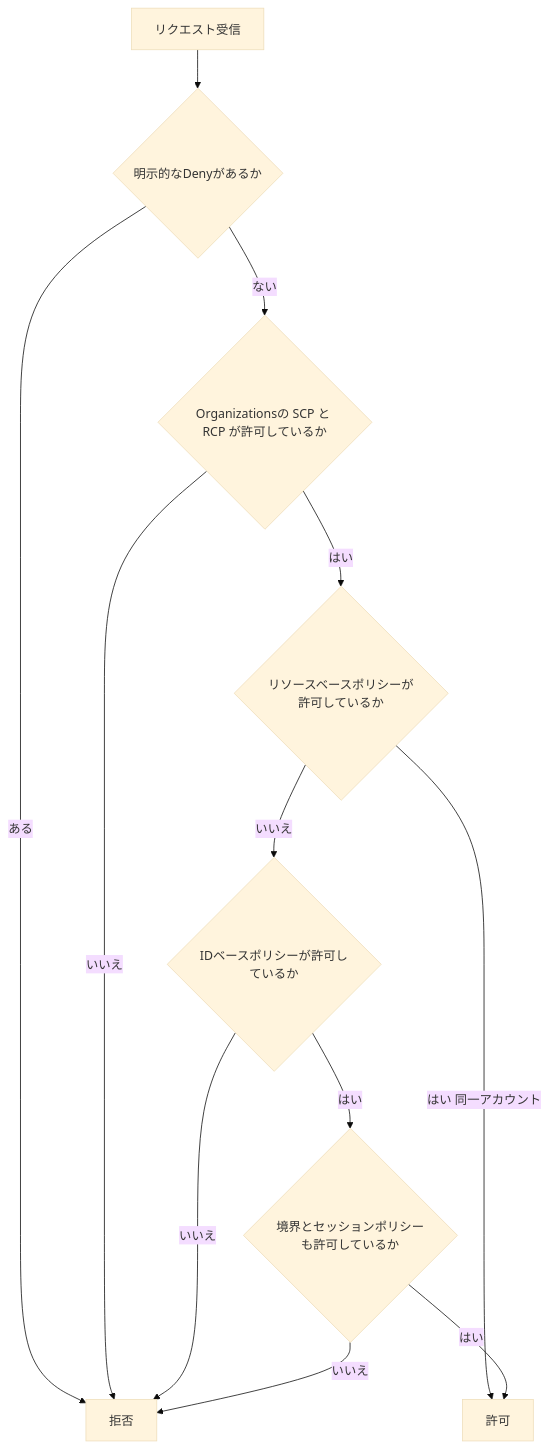
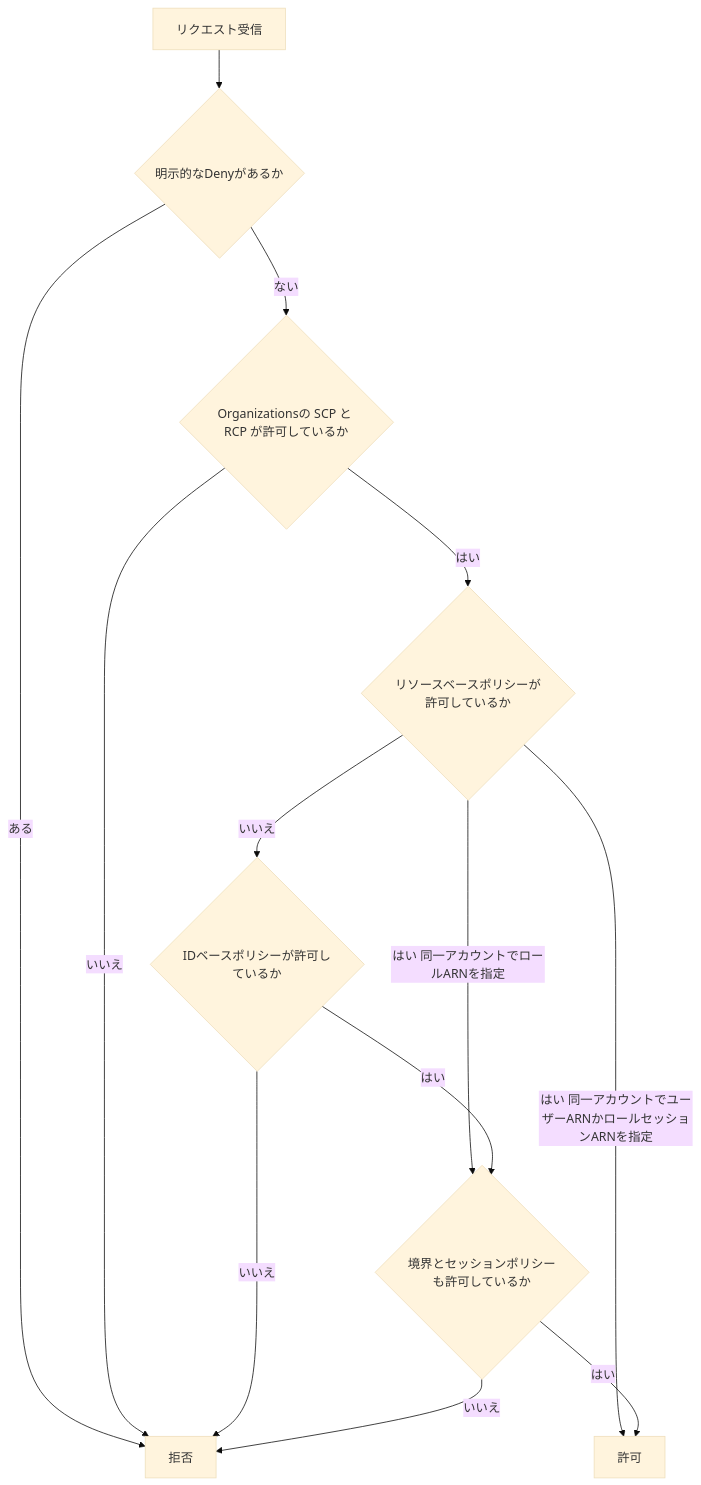
The second of 16 diagrams in Aws-scs-c03-domain4-iam-guide.md (myoshi2891/Cloud-Infrastructure-and-Network-Studies), drawn with Mermaid (base theme) before and after one commit. The commit also changed other lines of this file and 1 other file, not shown here.

````diff
--- a/Aws-scs-c03-domain4-iam-guide.md
+++ b/Aws-scs-c03-domain4-iam-guide.md
@@ -92,14 +92,15 @@
 ```mermaid
 flowchart TD
     S["リクエスト受信"] --> D{"明示的なDenyがあるか"}
     D -->|"ある"| X["拒否"]
     D -->|"ない"| O{"Organizationsの SCP と RCP が許可しているか"}
     O -->|"いいえ"| X
     O -->|"はい"| R{"リソースベースポリシーが許可しているか"}
-    R -->|"はい 同一アカウント"| OK["許可"]
+    R -->|"はい 同一アカウントでユーザーARNかロールセッションARNを指定"| OK["許可"]
+    R -->|"はい 同一アカウントでロールARNを指定"| B
     R -->|"いいえ"| I{"IDベースポリシーが許可しているか"}
     I -->|"いいえ"| X
     I -->|"はい"| B{"境界とセッションポリシーも許可しているか"}
     B -->|"はい"| OK
     B -->|"いいえ"| X
 ```
````
